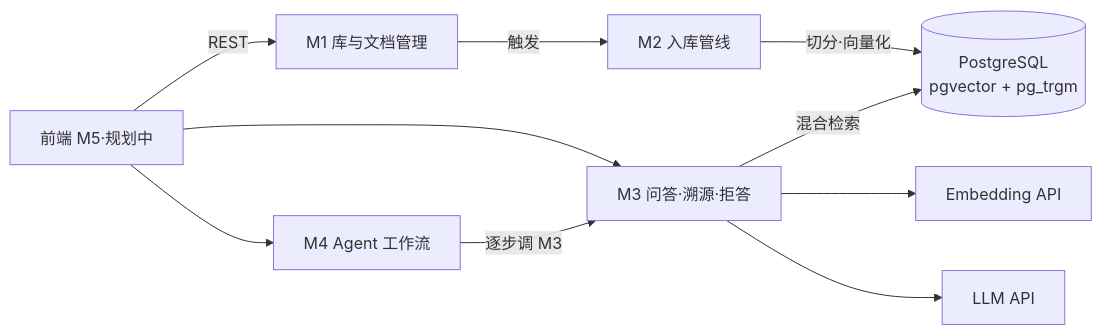
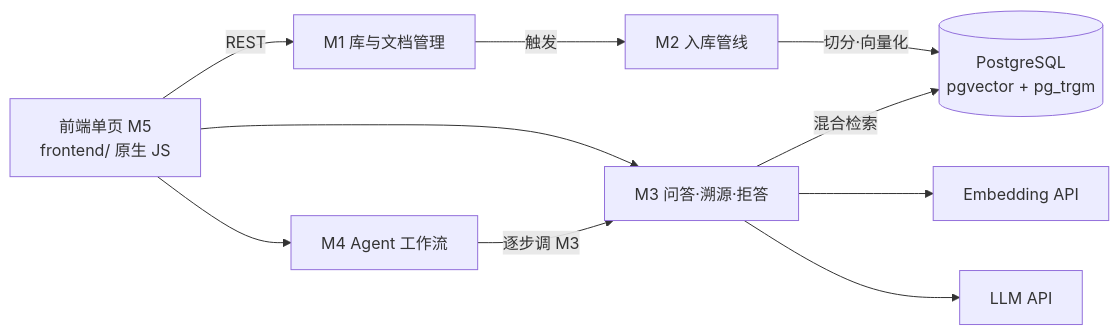
One commit to One-29/personal-knowledge-base changed the diagram in README.md. Above: the diagram before and after it, drawn with Mermaid. The commit also changed other lines of this file and 50 other files, not shown here.

First line of the commit message:
feat: 完善问答会话与关联图，修复稳定性并加入一键启动

````diff
--- a/README.md
+++ b/README.md
@@ -119,12 +144,12 @@
 ```mermaid
 flowchart LR
-    FE[前端 M5·规划中] -->|REST| M1[M1 库与文档管理]
+    FE[前端单页 M5<br/>frontend/ 原生 JS] -->|REST| M1[M1 库与文档管理]
     FE --> M3[M3 问答·溯源·拒答]
     FE --> M4[M4 Agent 工作流]
     M1 -->|触发| M2[M2 入库管线]
     M2 -->|切分·向量化| PG[(PostgreSQL<br/>pgvector + pg_trgm)]
     M3 -->|混合检索| PG
     M3 --> EMB[Embedding API]
     M3 --> LLM[LLM API]
     M4 -->|逐步调 M3| M3
 ```
````
